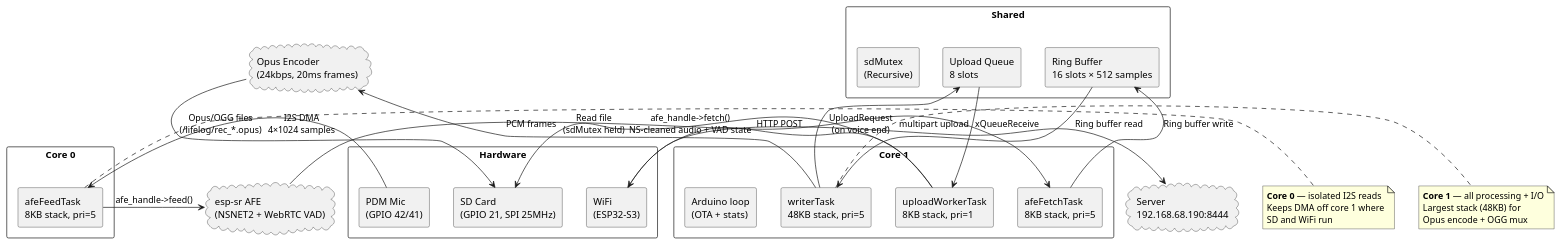
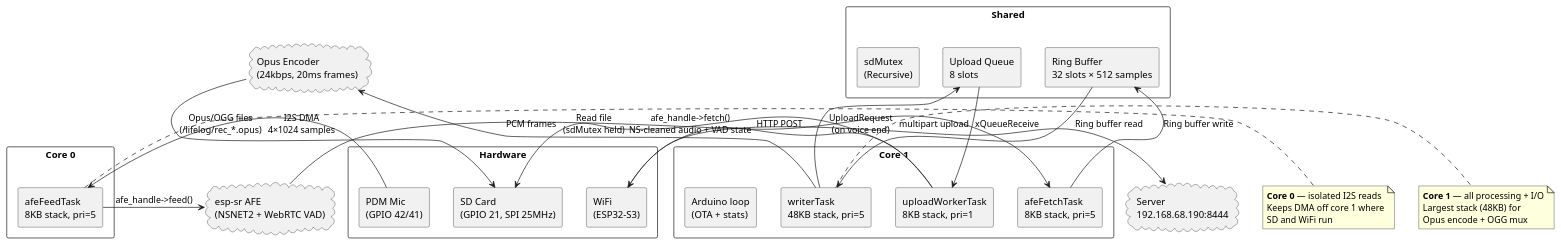
The first of 7 diagrams in firmware-ota/ARCHITECTURE.md (dlgreenwald/lifelog), drawn with PlantUML before and after one commit. The commit also changed other lines of this file and 2 other files, not shown here.

````diff
--- a/firmware-ota/ARCHITECTURE.md
+++ b/firmware-ota/ARCHITECTURE.md
@@ -9,62 +9,62 @@
 ```plantuml
 @startuml
 skinparam backgroundColor white
 skinparam componentStyle rectangle
 
 rectangle "Hardware" {
   component "PDM Mic\n(GPIO 42/41)" as mic
   component "SD Card\n(GPIO 21, SPI 25MHz)" as sd
   component "WiFi\n(ESP32-S3)" as wifi
 }
 
 rectangle "Core 0" {
   component "afeFeedTask\n8KB stack, pri=5" as feed
 }
 
 rectangle "Core 1" {
   component "afeFetchTask\n8KB stack, pri=5" as fetch
   component "writerTask\n48KB stack, pri=5" as writer
   component "uploadWorkerTask\n8KB stack, pri=1" as uploader
   component "Arduino loop\n(OTA + stats)" as loop
 }
 
 rectangle "Shared" {
-  component "Ring Buffer\n16 slots × 512 samples" as ring
+  component "Ring Buffer\n32 slots × 512 samples" as ring
   component "Upload Queue\n8 slots" as queue
   component "sdMutex\n(Recursive)" as mutex
 }
 
 cloud "esp-sr AFE\n(NSNET2 + WebRTC VAD)" as afe
 cloud "Opus Encoder\n(24kbps, 20ms frames)" as opus
 cloud "Server\n192.168.68.190:8444" as server
 
 mic -down-> feed : I2S DMA\n4×1024 samples
 feed -right-> afe : afe_handle->feed()
 afe -down-> fetch : afe_handle->fetch()\nNS-cleaned audio + VAD state
 fetch -down-> ring : Ring buffer write
 ring -down-> writer : Ring buffer read
 writer -right-> opus : PCM frames
 opus -down-> sd : Opus/OGG files\n(/lifelog/rec_*.opus)
 writer -right-> queue : UploadRequest\n(on voice end)
 queue -down-> uploader : xQueueReceive
 uploader -right-> sd : Read file\n(sdMutex held)
 uploader -right-> wifi : HTTP POST
 wifi -right-> server : multipart upload
 
 feed -[hidden]right-> fetch
 fetch -[hidden]right-> writer
 writer -[hidden]right-> uploader
 
 note right of feed
   **Core 0** — isolated I2S reads
   Keeps DMA off core 1 where
   SD and WiFi run
 end note
 
 note right of writer
   **Core 1** — all processing + I/O
   Largest stack (48KB) for
   Opus encode + OGG mux
 end note
 @enduml
 ```
````
